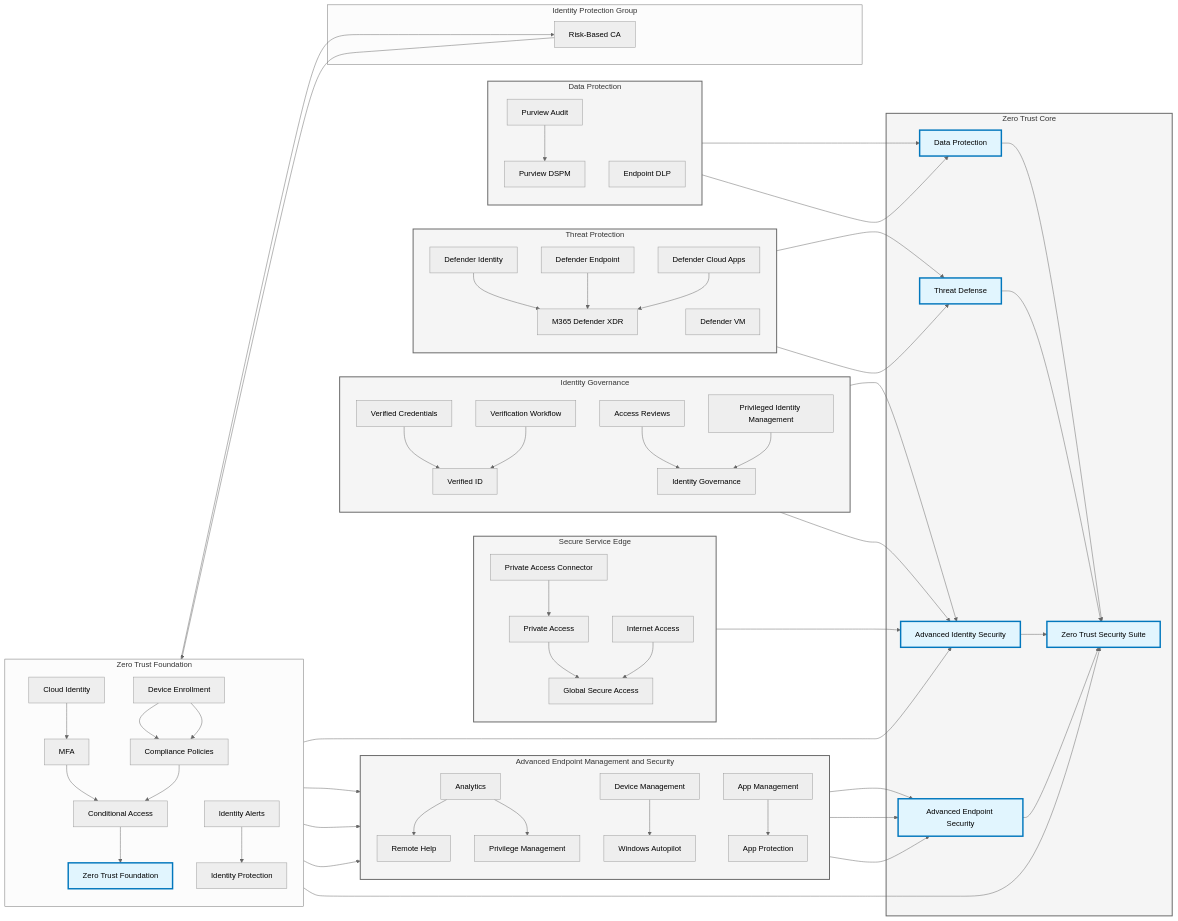
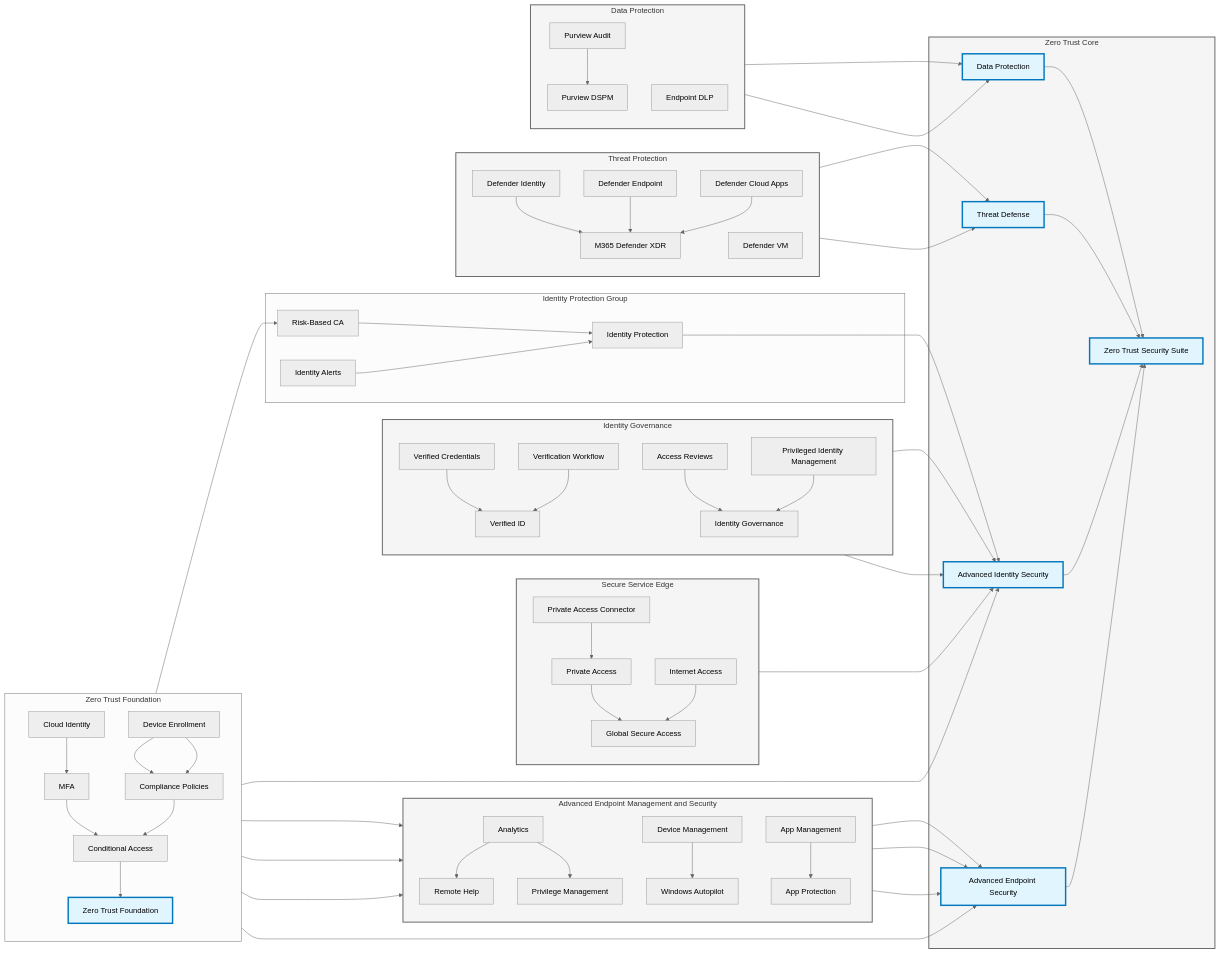
Before and after one commit to jessesuna/SecDepGuidance: the diagram in DetailedDiagram.md, drawn with Mermaid (neutral theme).

```diff
--- a/DetailedDiagram.md
+++ b/DetailedDiagram.md
@@ -11,7 +11,8 @@
                     end
 
                 %% Core relationships
-                    Foundation --> Zero
+                    Foundation --> SecureID
+                    Foundation --> IntuneSuite
                     Data --> Zero
                     Threats --> Zero
                     SecureID --> Zero
@@ -52,7 +53,6 @@
                     IntuneEnroll["Device Enrollment"] --> IntuneCompPol["Compliance Policies"]
                     IntuneCompPol --> CA
                     CA --> Foundation
-                    IDProtAlerts["Identity Alerts"] --> IDProtection
                 end
 
                 %% Group Network Access components
@@ -70,7 +70,8 @@
 
                 %% Group Identity Protection components
                 subgraph IdentityProtectiongroup["Identity Protection Group"]
-                    RCA["Risk-Based CA"] --> IDProtection["Identity Protection"]                                   
+                    RCA["Risk-Based CA"] --> IDProtection["Identity Protection"]
+                    IDProtAlerts["Identity Alerts"] --> IDProtection                                   
                 end
                 CA --> RCA
                 IDProtection --> SecureID
```
